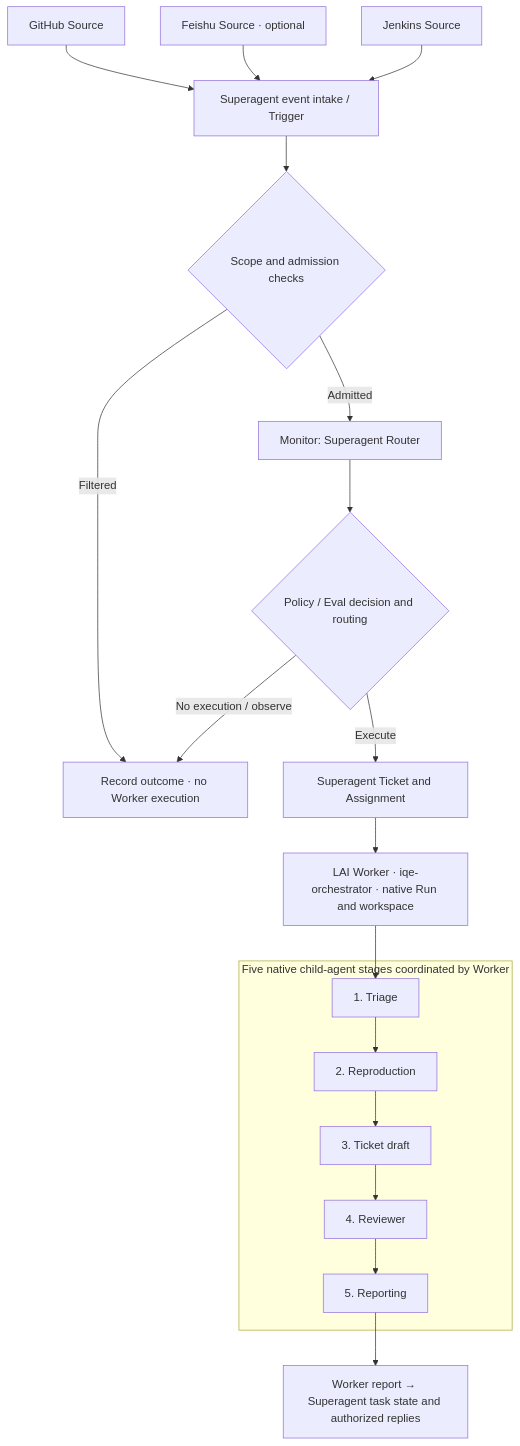
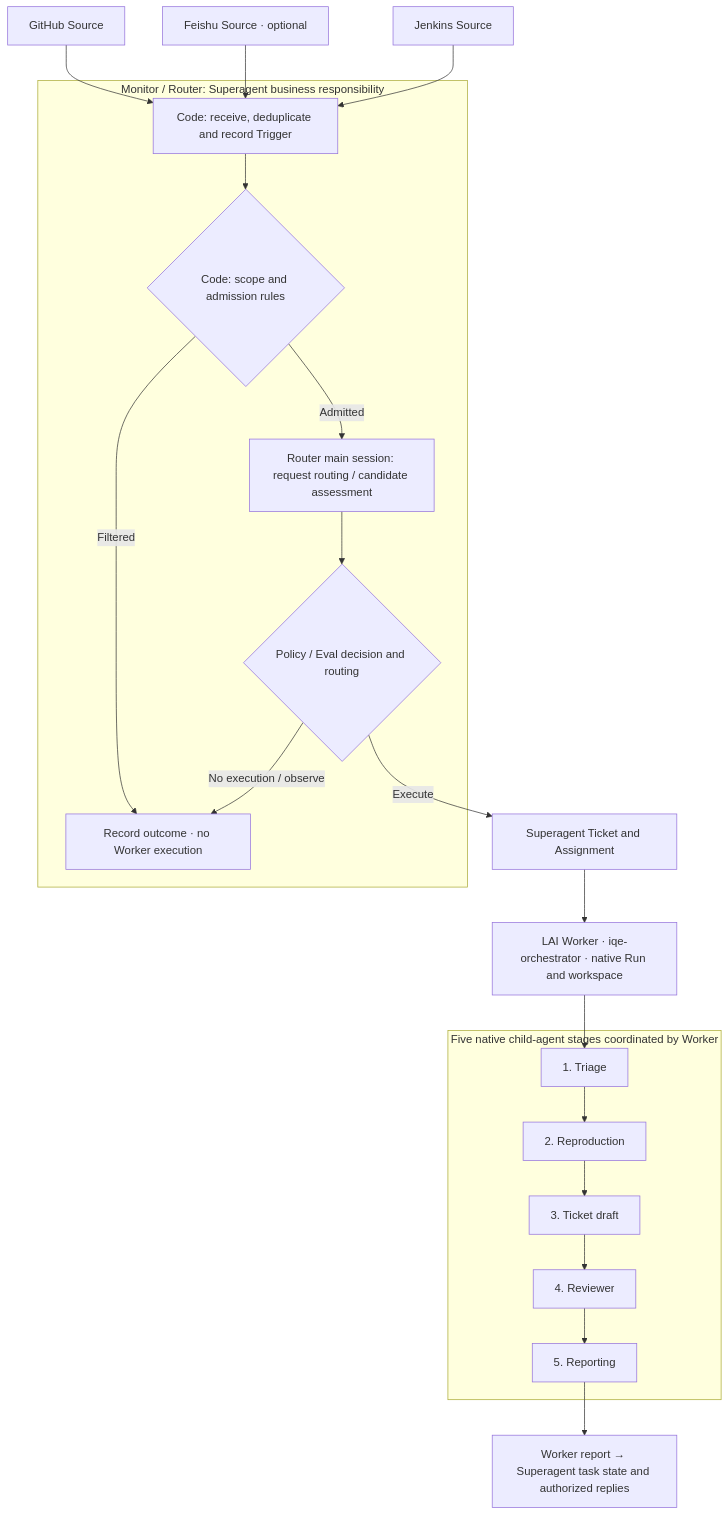
The diagram in README.md (devsuperjin/LAI-Trial), drawn with Mermaid before and after one commit. The commit also changed other lines of this file and 3 other files, not shown here.

Commit message:
docs: clarify Monitor Router ownership and session boundaries

````diff
--- a/README.md
+++ b/README.md
@@ -20,21 +20,26 @@
 ```mermaid
 flowchart TD
-    GH["GitHub Source"] --> Intake["Superagent event intake / Trigger"]
-    FS["Feishu Source · optional"] --> Intake
-    JK["Jenkins Source"] --> Intake
-    Intake --> Gate{"Scope and admission checks"}
-    Gate -->|Filtered| Record["Record outcome · no Worker execution"]
-    Gate -->|Admitted| Router["Monitor: Superagent Router"]
-    Router --> Decision{"Policy / Eval decision and routing"}
-    Decision -->|No execution / observe| Record
+    GH["GitHub Source"]
+    FS["Feishu Source · optional"]
+    JK["Jenkins Source"]
+    subgraph Monitor["Monitor / Router: Superagent business responsibility"]
+        Intake["Code: receive, deduplicate and record Trigger"] --> Gate{"Code: scope and admission rules"}
+        Gate -->|Filtered| Record["Record outcome · no Worker execution"]
+        Gate -->|Admitted| Router["Router main session: request routing / candidate assessment"]
+        Router --> Decision{"Policy / Eval decision and routing"}
+        Decision -->|No execution / observe| Record
+    end
+    GH --> Intake
+    FS --> Intake
+    JK --> Intake
     Decision -->|Execute| Task["Superagent Ticket and Assignment"]
     Task --> Worker["LAI Worker · iqe-orchestrator · native Run and workspace"]
     subgraph Pipeline["Five native child-agent stages coordinated by Worker"]
         Triage["1. Triage"] --> Reproduce["2. Reproduction"]
         Reproduce --> Ticket["3. Ticket draft"]
         Ticket --> Review["4. Reviewer"]
         Review --> Reporter["5. Reporting"]
     end
     Worker --> Triage
     Reporter --> Result["Worker report → Superagent task state and authorized replies"]
 ```
````
